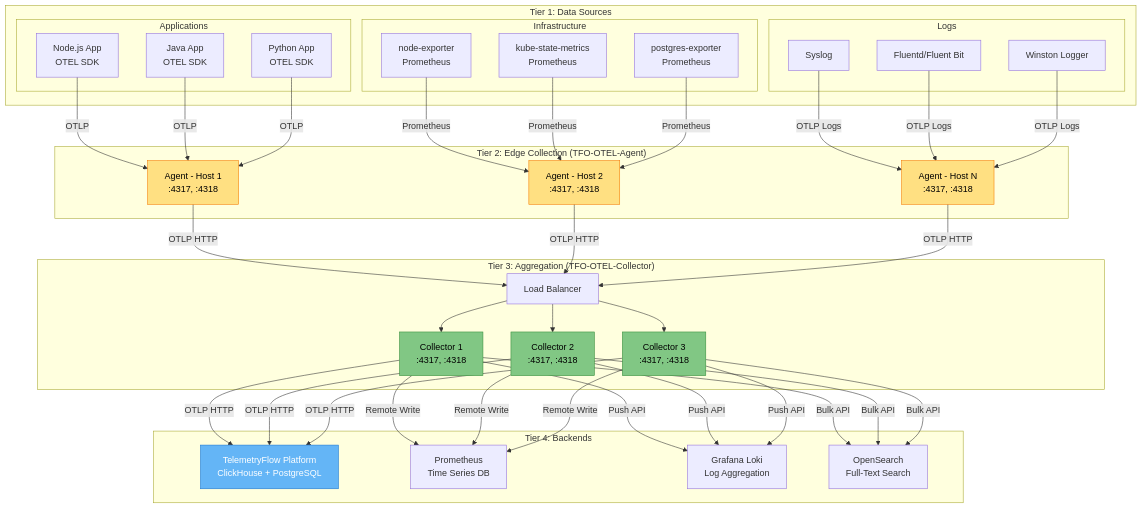
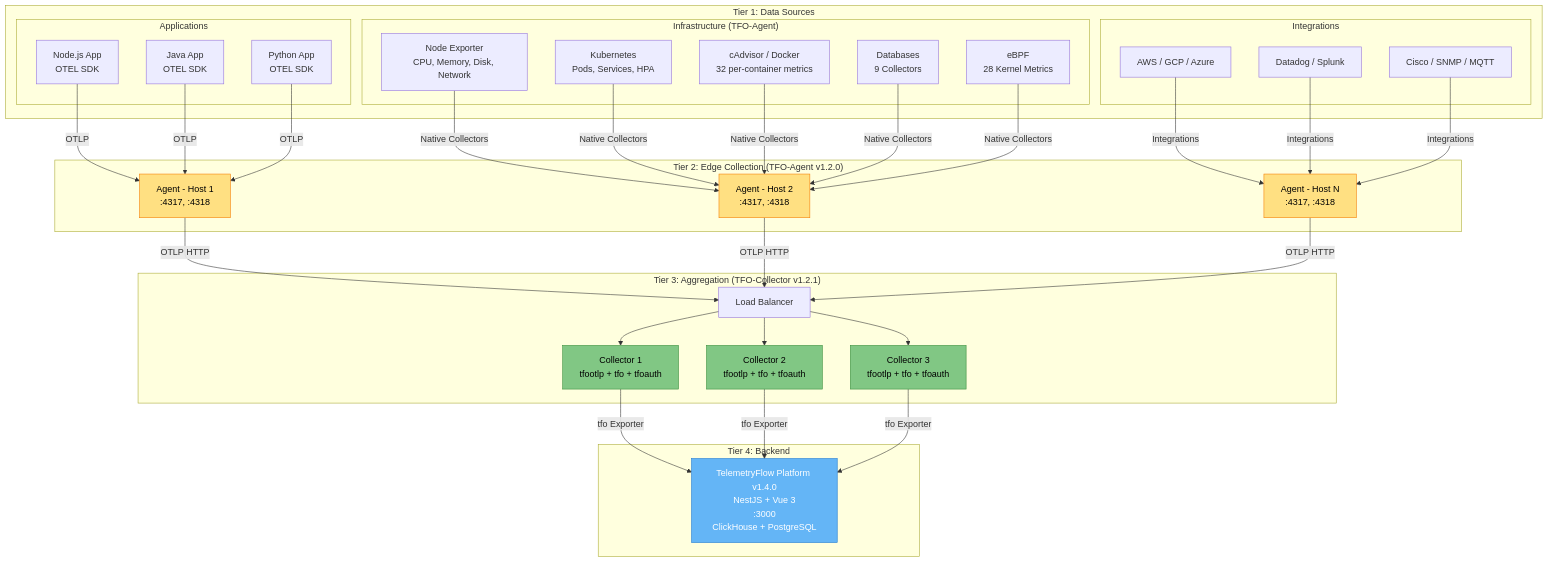
Before and after one commit to telemetryflow/telemetryflow-overview: the first of 12 diagrams in tfo-otel/ARCHITECTURE.md, drawn with Mermaid. The commit also changed other lines of this file and 68 other files, not shown here.

Commit message:
feat: TFO Overview Update, TFO Platform v1.4.0

````diff
--- a/tfo-otel/ARCHITECTURE.md
+++ b/tfo-otel/ARCHITECTURE.md
@@ -40,64 +40,60 @@
 ```mermaid
 graph TB
     subgraph "Tier 1: Data Sources"
         subgraph "Applications"
             APP1[Node.js App<br/>OTEL SDK]
             APP2[Java App<br/>OTEL SDK]
             APP3[Python App<br/>OTEL SDK]
         end
 
-        subgraph "Infrastructure"
-            NODE[node-exporter<br/>Prometheus]
-            K8S[kube-state-metrics<br/>Prometheus]
-            DB[postgres-exporter<br/>Prometheus]
+        subgraph "Infrastructure (TFO-Agent)"
+            NODE[Node Exporter<br/>CPU, Memory, Disk, Network]
+            K8S[Kubernetes<br/>Pods, Services, HPA]
+            CAD[cAdvisor / Docker<br/>32 per-container metrics]
+            DB[Databases<br/>9 Collectors]
+            EBPF[eBPF<br/>28 Kernel Metrics]
         end
 
-        subgraph "Logs"
-            SYSLOG[Syslog]
-            FLUENT[Fluentd/Fluent Bit]
-            WINSTON[Winston Logger]
+        subgraph "Integrations"
+            CLOUD[AWS / GCP / Azure]
+            APM[Datadog / Splunk]
+            NET[Cisco / SNMP / MQTT]
         end
     end
 
-    subgraph "Tier 2: Edge Collection (TFO-OTEL-Agent)"
+    subgraph "Tier 2: Edge Collection (TFO-Agent v1.2.0)"
         AGENT1[Agent - Host 1<br/>:4317, :4318]
         AGENT2[Agent - Host 2<br/>:4317, :4318]
         AGENT3[Agent - Host N<br/>:4317, :4318]
     end
 
-    subgraph "Tier 3: Aggregation (TFO-OTEL-Collector)"
+    subgraph "Tier 3: Aggregation (TFO-Collector v1.2.1)"
         LB[Load Balancer]
-        COLL1[Collector 1<br/>:4317, :4318]
-        COLL2[Collector 2<br/>:4317, :4318]
-        COLL3[Collector 3<br/>:4317, :4318]
+        COLL1[Collector 1<br/>tfootlp + tfo + tfoauth]
+        COLL2[Collector 2<br/>tfootlp + tfo + tfoauth]
+        COLL3[Collector 3<br/>tfootlp + tfo + tfoauth]
     end
 
-    subgraph "Tier 4: Backends"
-        TFO[TelemetryFlow Platform<br/>ClickHouse + PostgreSQL]
-        PROM[Prometheus<br/>Time Series DB]
-        LOKI[Grafana Loki<br/>Log Aggregation]
-        OS[OpenSearch<br/>Full-Text Search]
+    subgraph "Tier 4: Backend"
+        TFO[TelemetryFlow Platform v1.4.0<br/>NestJS + Vue 3<br/>:3000<br/>ClickHouse + PostgreSQL]
     end
 
     APP1 & APP2 & APP3 -->|OTLP| AGENT1
-    NODE & K8S & DB -->|Prometheus| AGENT2
-    SYSLOG & FLUENT & WINSTON -->|OTLP Logs| AGENT3
+    NODE & K8S & CAD & DB & EBPF -->|Native Collectors| AGENT2
+    CLOUD & APM & NET -->|Integrations| AGENT3
 
     AGENT1 & AGENT2 & AGENT3 -->|OTLP HTTP| LB
     LB --> COLL1
     LB --> COLL2
     LB --> COLL3
 
-    COLL1 & COLL2 & COLL3 -->|OTLP HTTP| TFO
-    COLL1 & COLL2 & COLL3 -->|Remote Write| PROM
-    COLL1 & COLL2 & COLL3 -->|Push API| LOKI
-    COLL1 & COLL2 & COLL3 -->|Bulk API| OS
+    COLL1 & COLL2 & COLL3 -->|tfo Exporter| TFO
 
     style AGENT1 fill:#FFE082,stroke:#F57C00,color:#000
     style AGENT2 fill:#FFE082,stroke:#F57C00,color:#000
     style AGENT3 fill:#FFE082,stroke:#F57C00,color:#000
     style COLL1 fill:#81C784,stroke:#388E3C,color:#000
     style COLL2 fill:#81C784,stroke:#388E3C,color:#000
     style COLL3 fill:#81C784,stroke:#388E3C,color:#000
     style TFO fill:#64B5F6,stroke:#1976D2,color:#fff
 ```
````
